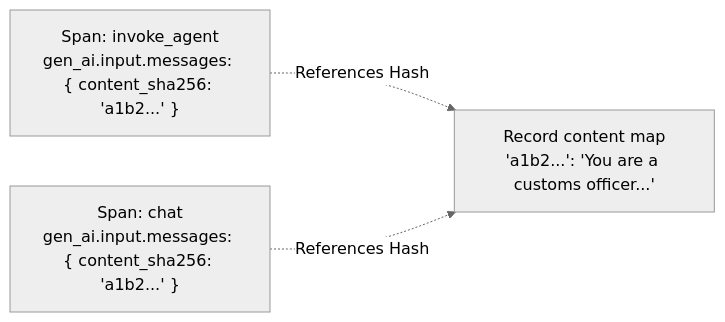
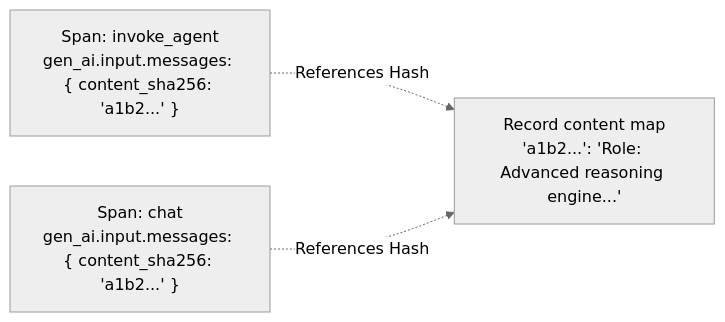
One commit to masudl-hub/theoremai-frontend changed the second of 2 diagrams in app/lib/docs/articles/observability.md. Above: the diagram before and after it, drawn with Mermaid (neutral theme). The commit also changed other lines of this file and 34 other files, not shown here.

````diff
--- a/app/lib/docs/articles/observability.md
+++ b/app/lib/docs/articles/observability.md
@@ -130,9 +130,9 @@
 ```mermaid
 flowchart LR
 		Span1["Span: invoke_agent<br/>gen_ai.input.messages: { content_sha256: 'a1b2...' }"]
 		Span2["Span: chat<br/>gen_ai.input.messages: { content_sha256: 'a1b2...' }"]
-		Dict["Record content map<br/>'a1b2...': 'You are a customs officer...'"]
+		Dict["Record content map<br/>'a1b2...': 'Role: Advanced reasoning engine...'"]
 
 		Span1 -.->|References Hash| Dict
 		Span2 -.->|References Hash| Dict
 ```
````
